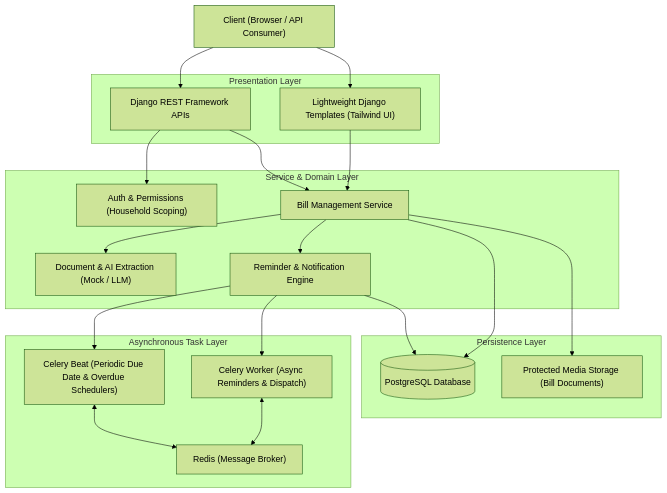
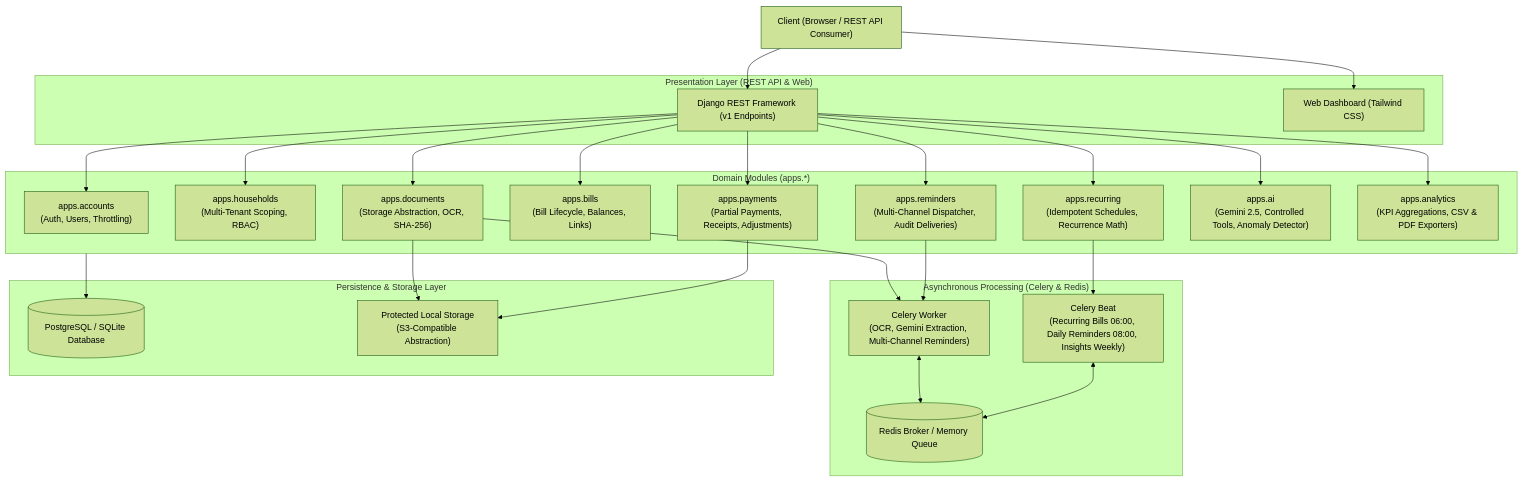
Before and after one commit to rhutik123/HomePilot: the first of 2 diagrams in README.md, drawn with Mermaid (forest theme). The commit also changed other lines of this file and 89 other files, not shown here.

First line of the commit message:
feat: complete architectural transformation of HomePilot (Phases 0-6)

````diff
--- a/README.md
+++ b/README.md
@@ -33,45 +34,54 @@
 ```mermaid
 flowchart TD
-    Client["Client (Browser / API Consumer)"]
+    Client["Client (Browser / REST API Consumer)"]
 
-    subgraph PresentationLayer["Presentation Layer"]
-        DRF["Django REST Framework APIs"]
-        Templates["Lightweight Django Templates (Tailwind UI)"]
+    subgraph PresentationLayer["Presentation Layer (REST API & Web)"]
+        DRF["Django REST Framework (v1 Endpoints)"]
+        DashboardUI["Web Dashboard (Tailwind CSS)"]
     end
 
-    subgraph ServiceLayer["Service & Domain Layer"]
-        AuthService["Auth & Permissions (Household Scoping)"]
-        BillService["Bill Management Service"]
-        AIService["Document & AI Extraction (Mock / LLM)"]
-        ReminderService["Reminder & Notification Engine"]
+    subgraph DomainModules["Domain Modules (apps.*)"]
+        Accounts["apps.accounts<br/>(Auth, Users, Throttling)"]
+        Households["apps.households<br/>(Multi-Tenant Scoping, RBAC)"]
+        Documents["apps.documents<br/>(Storage Abstraction, OCR, SHA-256)"]
+        Bills["apps.bills<br/>(Bill Lifecycle, Balances, Links)"]
+        Payments["apps.payments<br/>(Partial Payments, Receipts, Adjustments)"]
+        Recurring["apps.recurring<br/>(Idempotent Schedules, Recurrence Math)"]
+        Reminders["apps.reminders<br/>(Multi-Channel Dispatcher, Audit Deliveries)"]
+        AI["apps.ai<br/>(Gemini 2.5, Controlled Tools, Anomaly Detector)"]
+        Analytics["apps.analytics<br/>(KPI Aggregations, CSV & PDF Exporters)"]
     end
 
-    subgraph AsyncLayer["Asynchronous Task Layer"]
-        CeleryWorker["Celery Worker (Async Reminders & Dispatch)"]
-        CeleryBeat["Celery Beat (Periodic Due Date & Overdue Schedulers)"]
-        Redis["Redis (Message Broker)"]
+    subgraph AsyncWorker["Asynchronous Processing (Celery & Redis)"]
+        Worker["Celery Worker<br/>(OCR, Gemini Extraction, Multi-Channel Reminders)"]
+        Beat["Celery Beat<br/>(Recurring Bills 06:00, Daily Reminders 08:00, Insights Weekly)"]
+        Broker[("Redis Broker / Memory Queue")]
     end
 
-    subgraph DataLayer["Persistence Layer"]
-        PostgreSQL[("PostgreSQL Database")]
-        MediaStorage["Protected Media Storage (Bill Documents)"]
+    subgraph Persistence["Persistence & Storage Layer"]
+        DB[("PostgreSQL / SQLite Database")]
+        Storage["Protected Local Storage<br/>(S3-Compatible Abstraction)"]
     end
 
     Client --> DRF
-    Client --> Templates
-    DRF --> AuthService
-    DRF --> BillService
-    Templates --> BillService
+    Client --> DashboardUI
+    DRF --> Accounts
+    DRF --> Households
+    DRF --> Documents
+    DRF --> Bills
+    DRF --> Payments
+    DRF --> Recurring
+    DRF --> Reminders
+    DRF --> AI
+    DRF --> Analytics
 
-    BillService --> AIService
-    BillService --> ReminderService
+    Documents --> Worker
+    Reminders --> Worker
+    Recurring --> Beat
+    Worker <--> Broker
+    Beat <--> Broker
 
-    ReminderService --> CeleryBeat
-    ReminderService --> CeleryWorker
-    CeleryWorker <--> Redis
-    CeleryBeat <--> Redis
-
-    BillService --> PostgreSQL
-    BillService --> MediaStorage
-    ReminderService --> PostgreSQL
+    DomainModules --> DB
+    Documents --> Storage
+    Payments --> Storage
 ```
````
